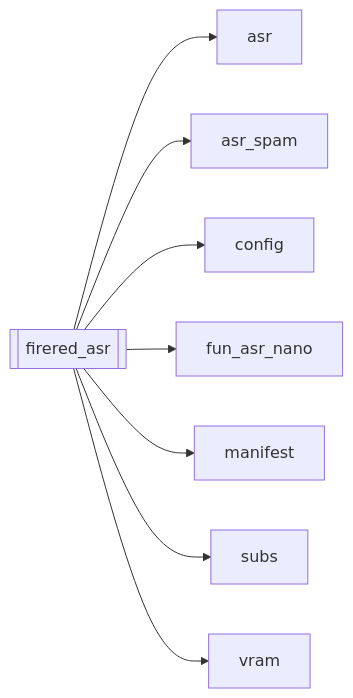
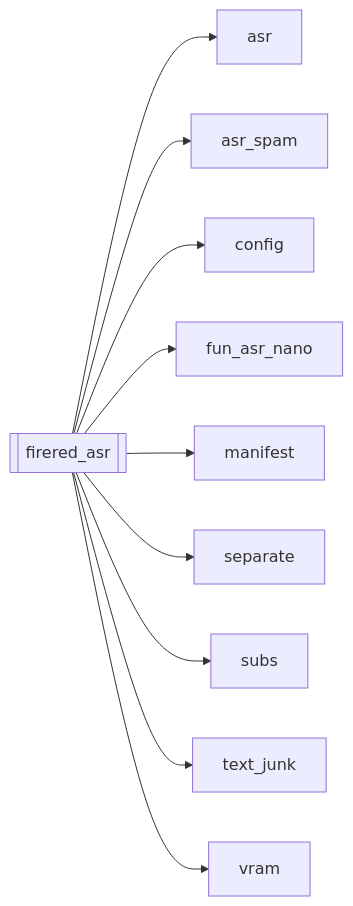
Before and after one commit to kjza178/PineLineV4: the diagram in docs/brain/modules/firered_asr.md, drawn with Mermaid. The commit also changed other lines of this file and 200 other files, not shown here.

````diff
--- a/docs/brain/modules/firered_asr.md
+++ b/docs/brain/modules/firered_asr.md
@@ -18,11 +18,13 @@
 ```mermaid
 flowchart LR
   firered_asr[[firered_asr]]
   firered_asr --> asr[asr]
   firered_asr --> asr_spam[asr_spam]
   firered_asr --> config[config]
   firered_asr --> fun_asr_nano[fun_asr_nano]
   firered_asr --> manifest[manifest]
+  firered_asr --> separate[separate]
   firered_asr --> subs[subs]
+  firered_asr --> text_junk[text_junk]
   firered_asr --> vram[vram]
 ```
````
